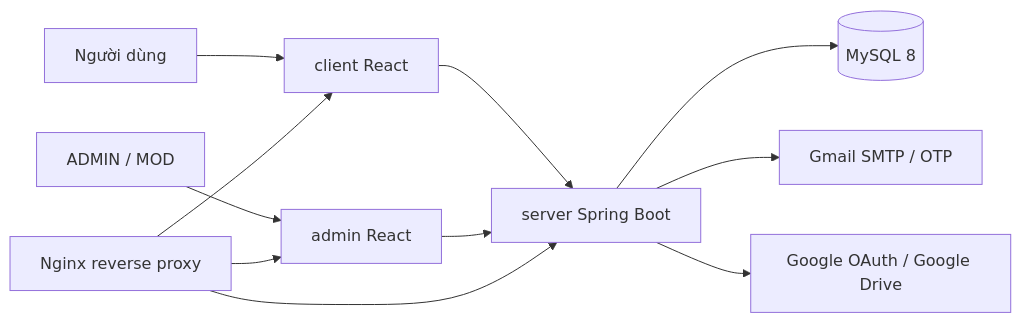
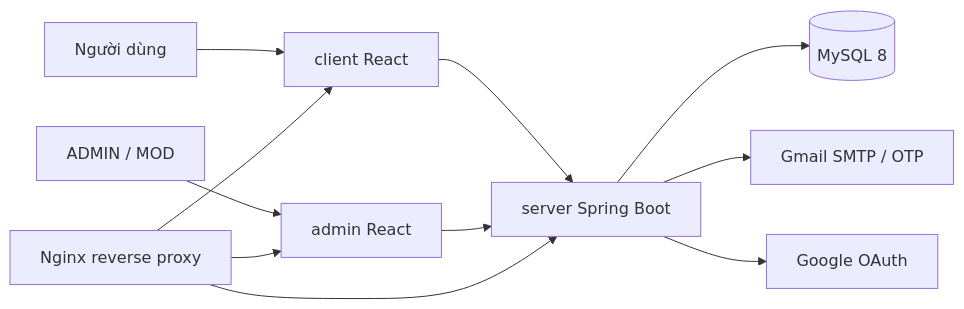
Before and after one commit to daidoan1608/quiz: the diagram in README.md, drawn with Mermaid. The commit also changed other lines of this file and 84 other files, not shown here.

Commit message:
refactor: remove google drive upload and cleanup api responses

````diff
--- a/README.md
+++ b/README.md
@@ -28,13 +28,13 @@
 ```mermaid
 flowchart LR
     User[Người dùng] --> Client[client React]
     Admin[ADMIN / MOD] --> AdminApp[admin React]
     Client --> API[server Spring Boot]
     AdminApp --> API
     API --> DB[(MySQL 8)]
     API --> Mail[Gmail SMTP / OTP]
-    API --> Google[Google OAuth / Google Drive]
+    API --> Google[Google OAuth]
     Nginx[Nginx reverse proxy] --> Client
     Nginx --> AdminApp
     Nginx --> API
 ```
````
